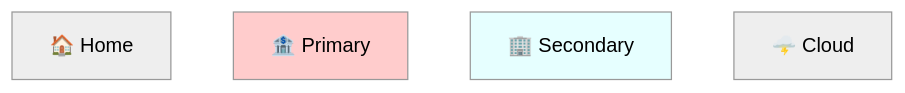
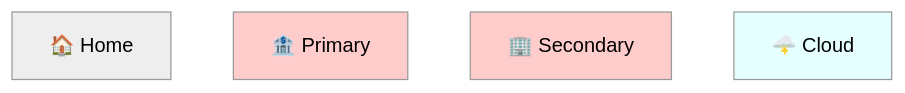
The fourth of 17 diagrams in Docs/Scenario-Multisig.md (BlockchainCommons/SmartCustody), drawn with Mermaid (neutral theme) before and after one commit.

````diff
--- a/Docs/Scenario-Multisig.md
+++ b/Docs/Scenario-Multisig.md
@@ -194,11 +194,11 @@
 ```mermaid
     graph BT;
     A["🏠 Home"]
     B["🏦 Primary"]
     C["🏢 Secondary"]
     D["🌩️ Cloud"]
     
 style B fill:#ffcccc;
 style C fill:#ffcccc;
-style C fill:#e6ffff;
+style D fill:#e6ffff;
 ```
````
